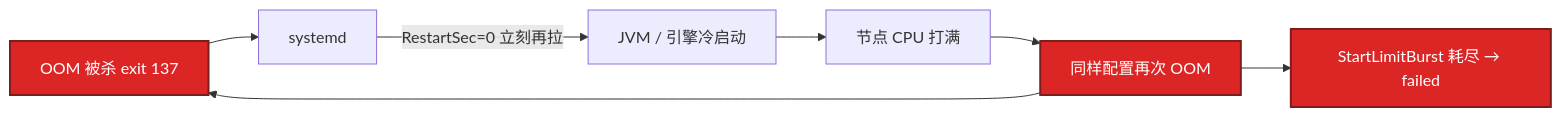
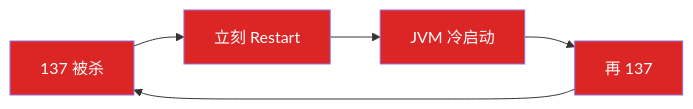
Before and after one commit to ml-cuizijun/LearnToLilith: the tenth of 11 diagrams in 02-基础底座/01-内核与系统/知识点.md, drawn with Mermaid. The commit also changed other lines of this file and 213 other files, not shown here.

````diff
--- a/02-基础底座/01-内核与系统/知识点.md
+++ b/02-基础底座/01-内核与系统/知识点.md
@@ -431,12 +395,10 @@
 ```mermaid
 flowchart LR
-    A["OOM 被杀 exit 137"] --> B[systemd]
-    B -->|"RestartSec=0 立刻再拉"| C[JVM / 引擎冷启动]
-    C --> D[节点 CPU 打满]
-    D --> E[同样配置再次 OOM]
-    E --> A
-    E --> F["StartLimitBurst 耗尽 → failed"]
+    A[137 被杀] --> B[立刻 Restart]
+    B --> C[JVM 冷启动]
+    C --> D[再 137]
+    D --> A
 
-    classDef bad fill:#DC2626,stroke:#7F1D1D,stroke-width:2px,color:#fff
-    class A,E,F bad
+    classDef bad fill:#DC2626,color:#fff
+    class A,B,C,D bad
 ```
````
